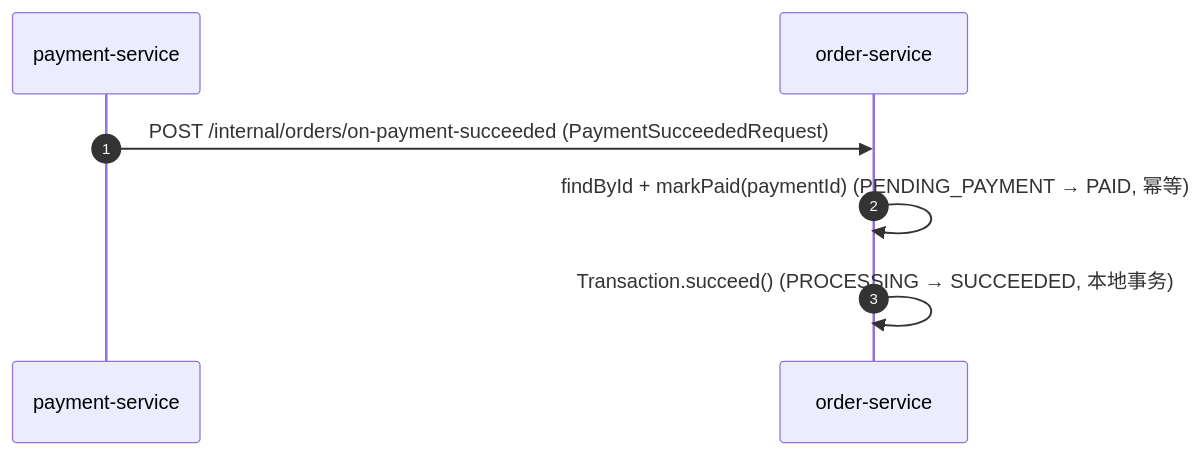
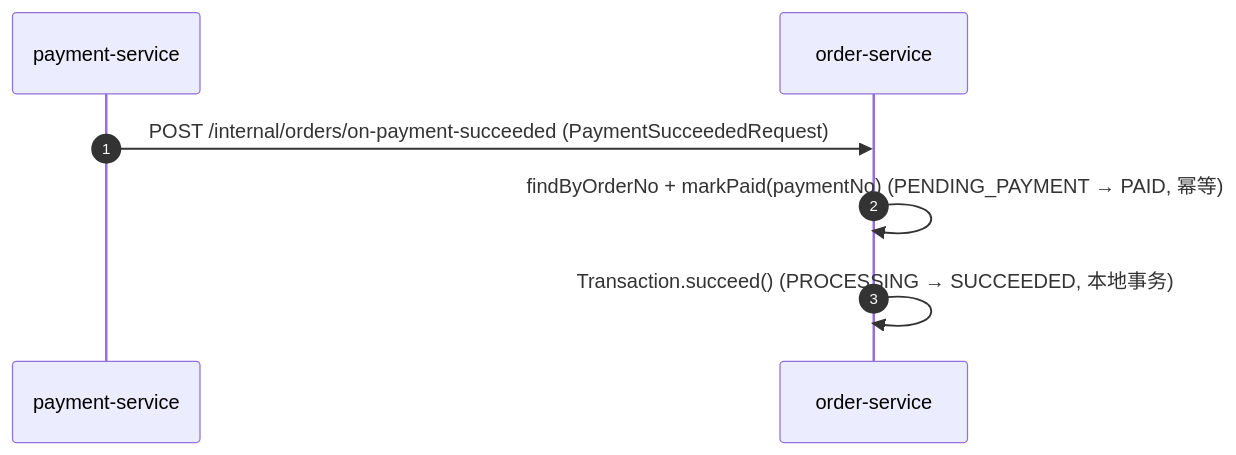
The second of 2 diagrams in docs/architecture/systems/order-service.md (ckcky/Payment), drawn with Mermaid before and after one commit. The commit also changed other lines of this file and 7 other files, not shown here.

````diff
--- a/docs/architecture/systems/order-service.md
+++ b/docs/architecture/systems/order-service.md
@@ -234,9 +234,9 @@
 ```mermaid
 sequenceDiagram
     autonumber
     participant P as payment-service
     participant O as order-service
     P->>O: POST /internal/orders/on-payment-succeeded (PaymentSucceededRequest)
-    O->>O: findById + markPaid(paymentId) (PENDING_PAYMENT → PAID, 幂等)
+    O->>O: findByOrderNo + markPaid(paymentNo) (PENDING_PAYMENT → PAID, 幂等)
     O->>O: Transaction.succeed() (PROCESSING → SUCCEEDED, 本地事务)
 ```
````
